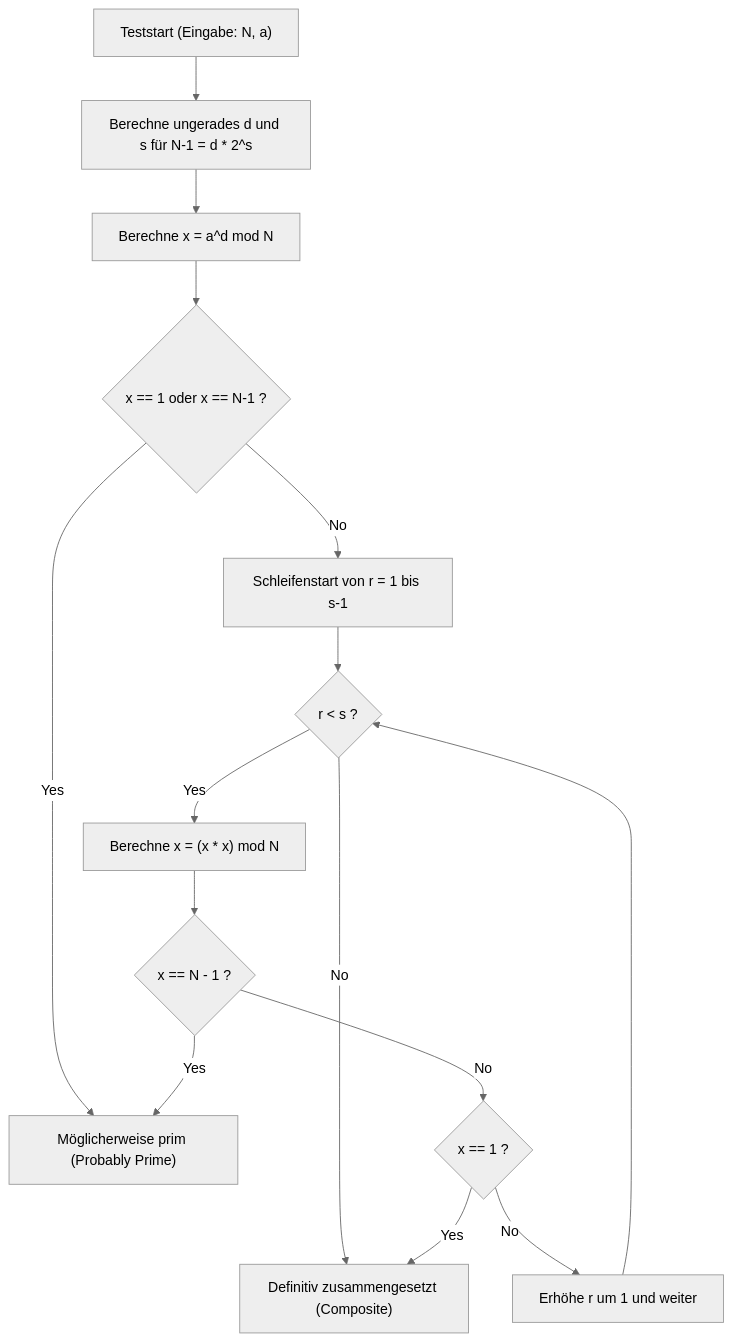
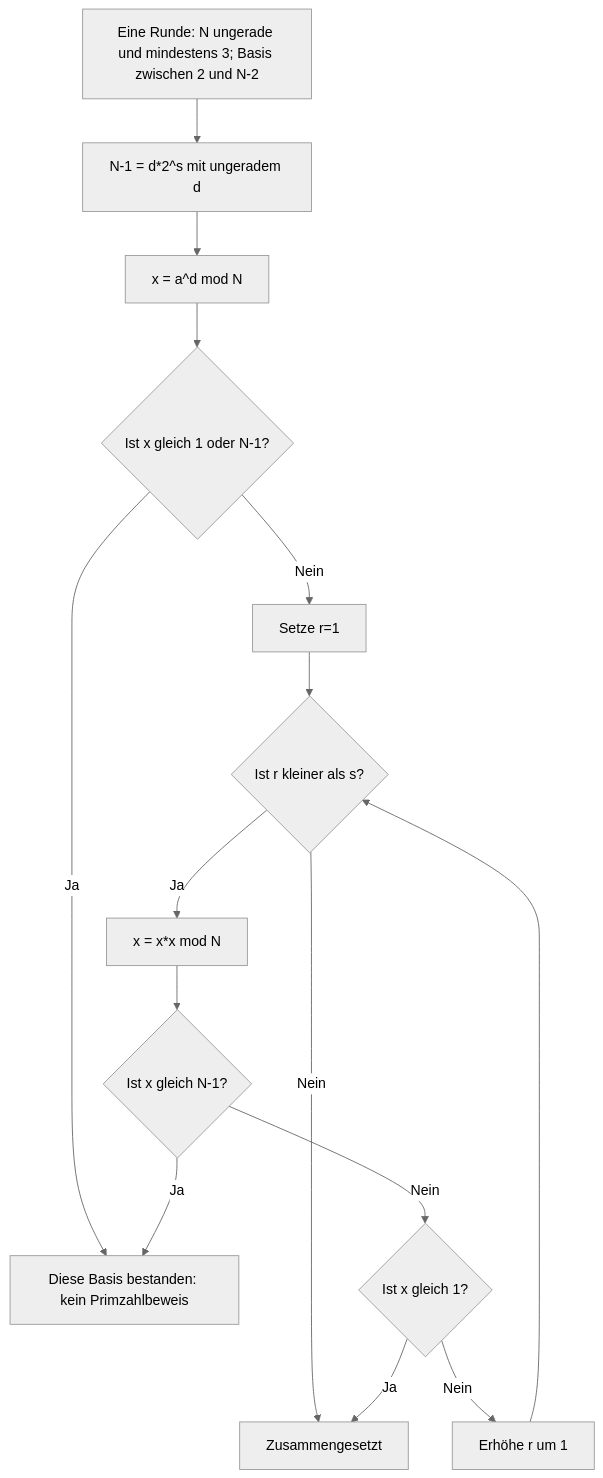
The first of 2 diagrams in content/post/cppで実装する高速な素数判定アルゴリズム/index.de.md (kenjinote/blog), drawn with Mermaid (neutral theme) before and after one commit. The commit also changed other lines of this file and 4 other files, not shown here.

````diff
--- a/content/post/cppで実装する高速な素数判定アルゴリズム/index.de.md
+++ b/content/post/cppで実装する高速な素数判定アルゴリズム/index.de.md
@@ -123,20 +116,17 @@
 ```mermaid
 graph TD
-    Start["Teststart (Eingabe: N, a)"] --> CalcDS["Berechne ungerades d und s für N-1 = d * 2^s"]
-    CalcDS --> CalcX["Berechne x = a^d mod N"]
-    CalcX --> CheckX1{"x == 1 oder x == N-1 ?"}
-    CheckX1 -- Yes --> ReturnTrue["Möglicherweise prim (Probably Prime)"]
-    CheckX1 -- No --> LoopStart["Schleifenstart von r = 1 bis s-1"]
-    
-    LoopStart --> LoopCondition{"r < s ?"}
-    LoopCondition -- No --> ReturnFalse["Definitiv zusammengesetzt (Composite)"]
-    LoopCondition -- Yes --> SquareX["Berechne x = (x * x) mod N"]
-    
-    SquareX --> CheckXMinus1{"x == N - 1 ?"}
-    CheckXMinus1 -- Yes --> ReturnTrue
-    CheckXMinus1 -- No --> CheckXOne{"x == 1 ?"}
-    
-    CheckXOne -- Yes --> ReturnFalse
-    CheckXOne -- No --> LoopNext["Erhöhe r um 1 und weiter"]
-    LoopNext --> LoopCondition
+    Start["Eine Runde: N ungerade und mindestens 3; Basis zwischen 2 und N-2"] --> DS["N-1 = d*2^s mit ungeradem d"]
+    DS --> Power["x = a^d mod N"]
+    Power --> First{"Ist x gleich 1 oder N-1?"}
+    First -- Ja --> Pass["Diese Basis bestanden: kein Primzahlbeweis"]
+    First -- Nein --> Init["Setze r=1"]
+    Init --> More{"Ist r kleiner als s?"}
+    More -- Nein --> Fail["Zusammengesetzt"]
+    More -- Ja --> Square["x = x*x mod N"]
+    Square --> Minus{"Ist x gleich N-1?"}
+    Minus -- Ja --> Pass
+    Minus -- Nein --> One{"Ist x gleich 1?"}
+    One -- Ja --> Fail
+    One -- Nein --> Next["Erhöhe r um 1"]
+    Next --> More
 ```
````
